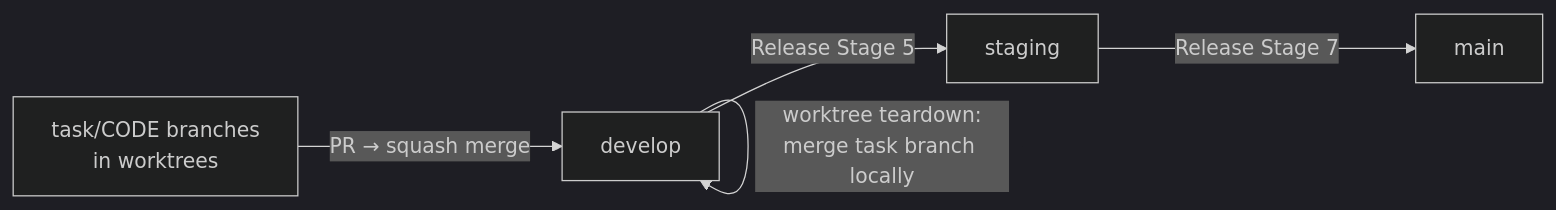
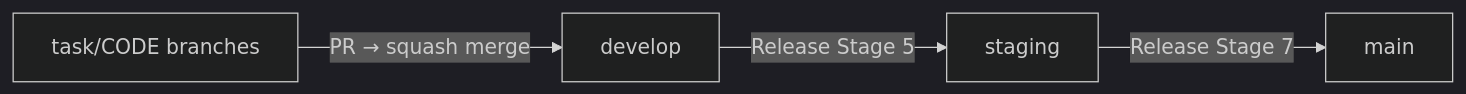
One commit to dnviti/codeclaw changed the diagram in docs/development.md. Above: the diagram before and after it, drawn with Mermaid (dark theme). The commit also changed other lines of this file and 31 other files, not shown here.

````diff
--- a/docs/development.md
+++ b/docs/development.md
@@ -201,8 +201,6 @@
 ```mermaid
 flowchart LR
-    FEAT["task/CODE branches<br>in worktrees"] -->|"PR → squash merge"| DEV["develop"]
+    FEAT["task/CODE branches"] -->|"PR → squash merge"| DEV["develop"]
     DEV -->|"Release Stage 5"| STG["staging"]
     STG -->|"Release Stage 7"| MAIN["main"]
-
-    DEV -->|"worktree teardown:<br>merge task branch locally"| DEV
 ```
````
